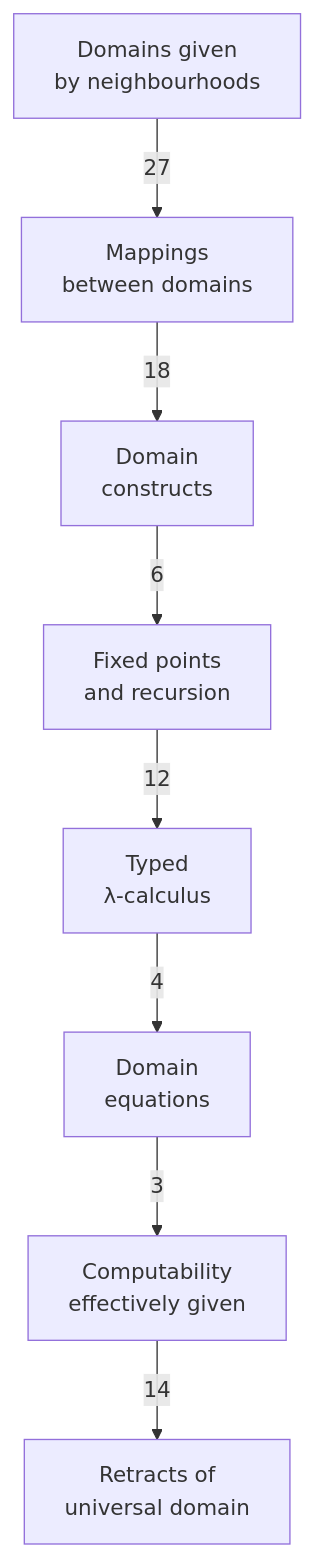
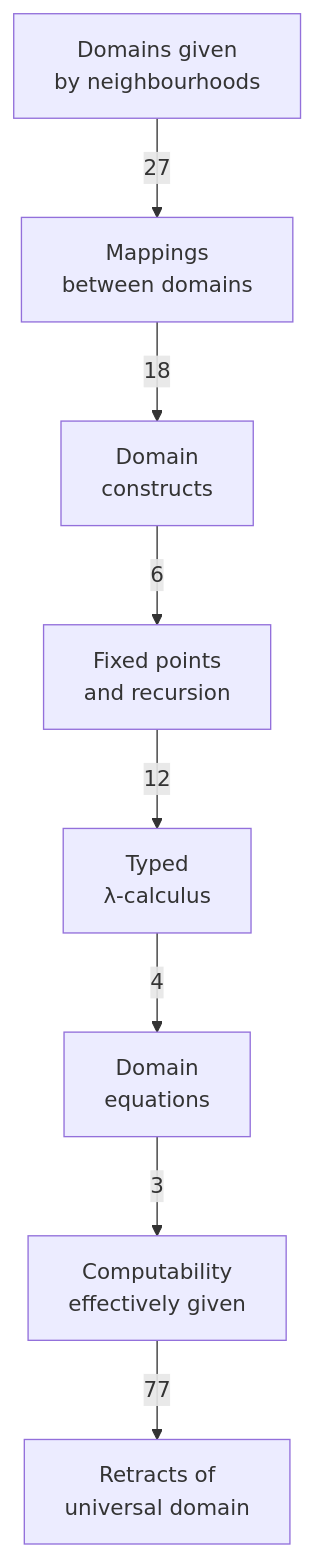
Before and after one commit to catskillsresearch/DomainTheory: the diagram in DomainTheory/NeighbourhoodSystems/1980_Neighborhood.mermaid, drawn with Mermaid. The commit also changed 400 other files, not shown here.

First line of the commit message:
Fix 1972 chapter mermaid generation and refresh arxiv notes build.

```diff
--- a/DomainTheory/NeighbourhoodSystems/1980_Neighborhood.mermaid
+++ b/DomainTheory/NeighbourhoodSystems/1980_Neighborhood.mermaid
@@ -1,32 +1,32 @@
 %% Each box is one section. The arrowhead is on the section that imports.
 %% An arrow already implied by a longer path is omitted.
 %% The label is the number of direct import lines.
 %% The introduction has no Lean file, so it has no arrow.
 flowchart TB
 
   COMP["Computability<br>effectively given"]
   CON["Domain<br>constructs"]
   EQ["Domain<br>equations"]
   DOM["Domains given<br>by neighbourhoods"]
   FIX["Fixed points<br>and recursion"]
   MAP["Mappings<br>between domains"]
   RET["Retracts of<br>universal domain"]
   LAM["Typed<br>λ-calculus"]
 
   EQ -->|"3"| COMP
   MAP -->|"18"| CON
   LAM -->|"4"| EQ
   CON -->|"6"| FIX
   FIX -->|"12"| LAM
   DOM -->|"27"| MAP
-  COMP -->|"14"| RET
+  COMP -->|"77"| RET
 
 %%{init: {"flowchart": {"wrappingWidth": 2000}}}%%
   classDef c1 fill:#dbeafe,stroke:#1d4ed8,color:#1e3a8a
   classDef c2 fill:#dcfce7,stroke:#15803d,color:#14532d
   classDef c3 fill:#fef3c7,stroke:#b45309,color:#78350f
   classDef c4 fill:#fce7f3,stroke:#be185d,color:#831843
   classDef c5 fill:#fee2e2,stroke:#b91c1c,color:#7f1d1d
   classDef c6 fill:#e0e7ff,stroke:#4338ca,color:#312e81
   classDef c7 fill:#cffafe,stroke:#0e7490,color:#164e63
   classDef c8 fill:#fae8ff,stroke:#a21caf,color:#701a75
```
